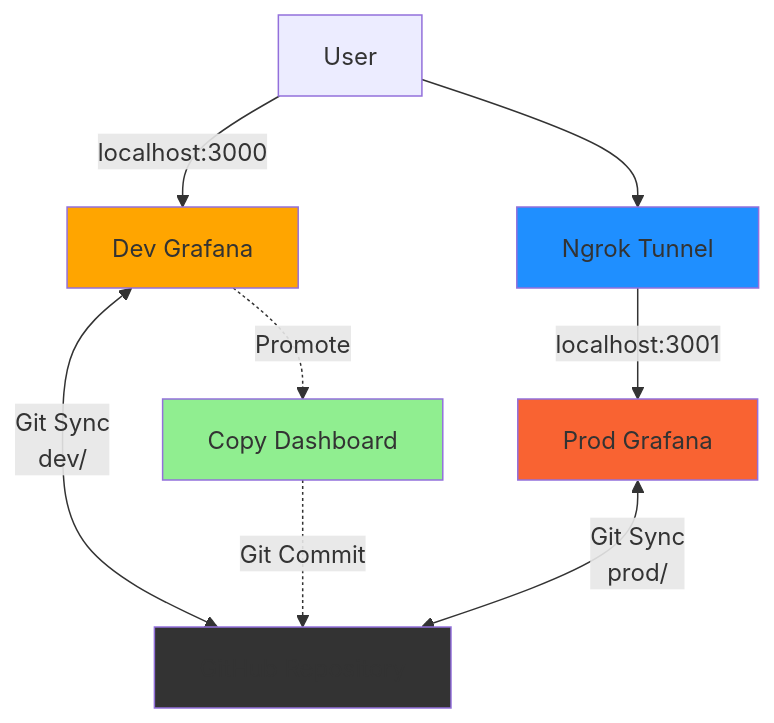
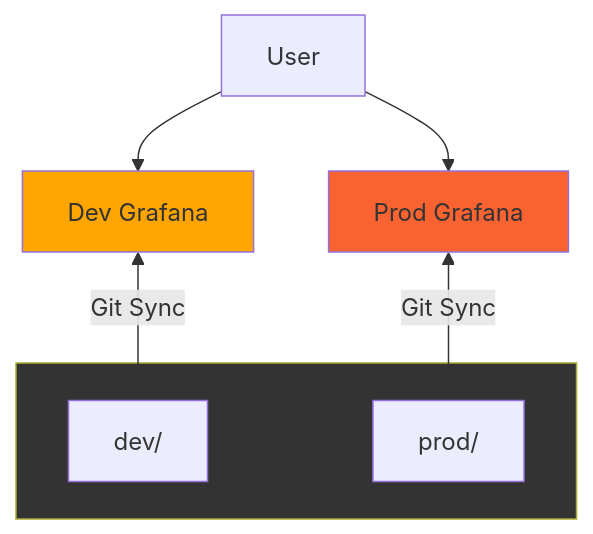
The first of 2 diagrams in scenario-2-dev-prod/README.md (MissingRoberto/campfire-using-git-sync-demo), drawn with Mermaid before and after one commit. The commit also changed other lines of this file and 10 other files, not shown here.

````diff
--- a/scenario-2-dev-prod/README.md
+++ b/scenario-2-dev-prod/README.md
@@ -7,18 +7,17 @@
 ```mermaid
 graph TB
-    User[User] --> |localhost:3000| Dev[Dev Grafana]
-    User --> Ngrok[Ngrok Tunnel]
-    Ngrok --> |localhost:3001| Prod[Prod Grafana]
+    User[User] --> Dev[Dev Grafana]
+    User --> Prod[Prod Grafana]
 
-    Dev <--> |Git Sync<br/>dev/| GitHub[GitHub Repository]
-    Prod <--> |Git Sync<br/>prod/| GitHub
+    subgraph GitHub[GitHub Repository]
+        DevFolder[dev/]
+        ProdFolder[prod/]
+    end
 
-    Dev -.-> |Promote| Copy[Copy Dashboard]
-    Copy -.-> |Git Commit| GitHub
+    Dev <--> |Git Sync| DevFolder
+    Prod <--> |Git Sync| ProdFolder
 
     style Dev fill:#ffa500
     style Prod fill:#f96332
     style GitHub fill:#333
-    style Ngrok fill:#1f8fff
-    style Copy fill:#90ee90
 ```
````
